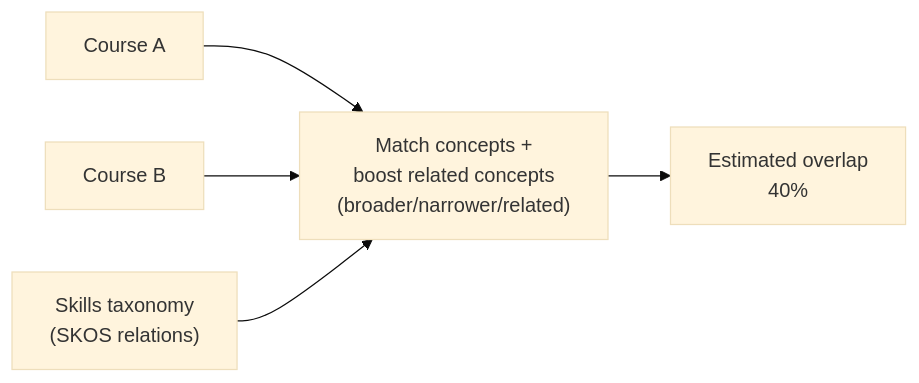
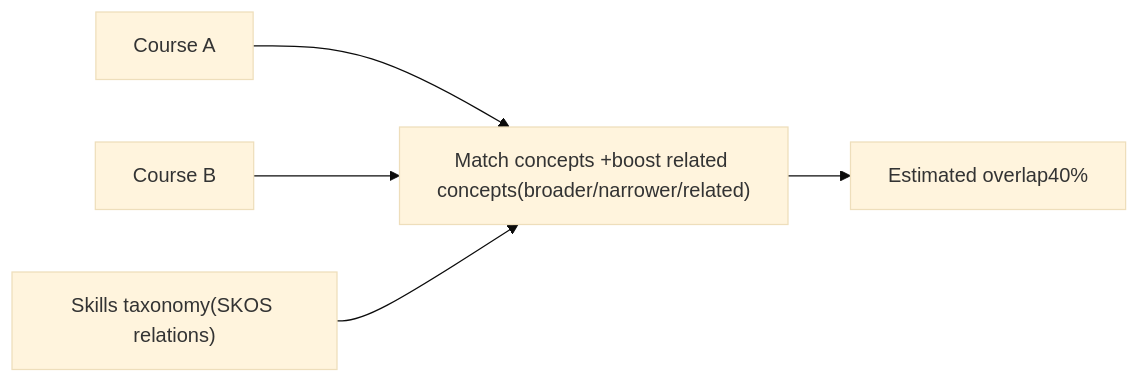
The fourth of 18 diagrams in reports/creditTransfer.md (leskneebone/skills-SPARQL), drawn with Mermaid (base theme) before and after one commit. The commit also changed other lines of this file, not shown here.

````diff
--- a/reports/creditTransfer.md
+++ b/reports/creditTransfer.md
@@ -37,7 +37,7 @@
 ```mermaid
 flowchart LR
-  A["Course A"] --> M["Match concepts +\nboost related concepts\n(broader/narrower/related)"]
+  A["Course A"] --> M["Match concepts +boost related concepts(broader/narrower/related)"]
   B["Course B"] --> M
-  S["Skills taxonomy\n(SKOS relations)"] --> M
-  M --> O["Estimated overlap\n40%"]
+  S["Skills taxonomy(SKOS relations)"] --> M
+  M --> O["Estimated overlap40%"]
 ```
````
